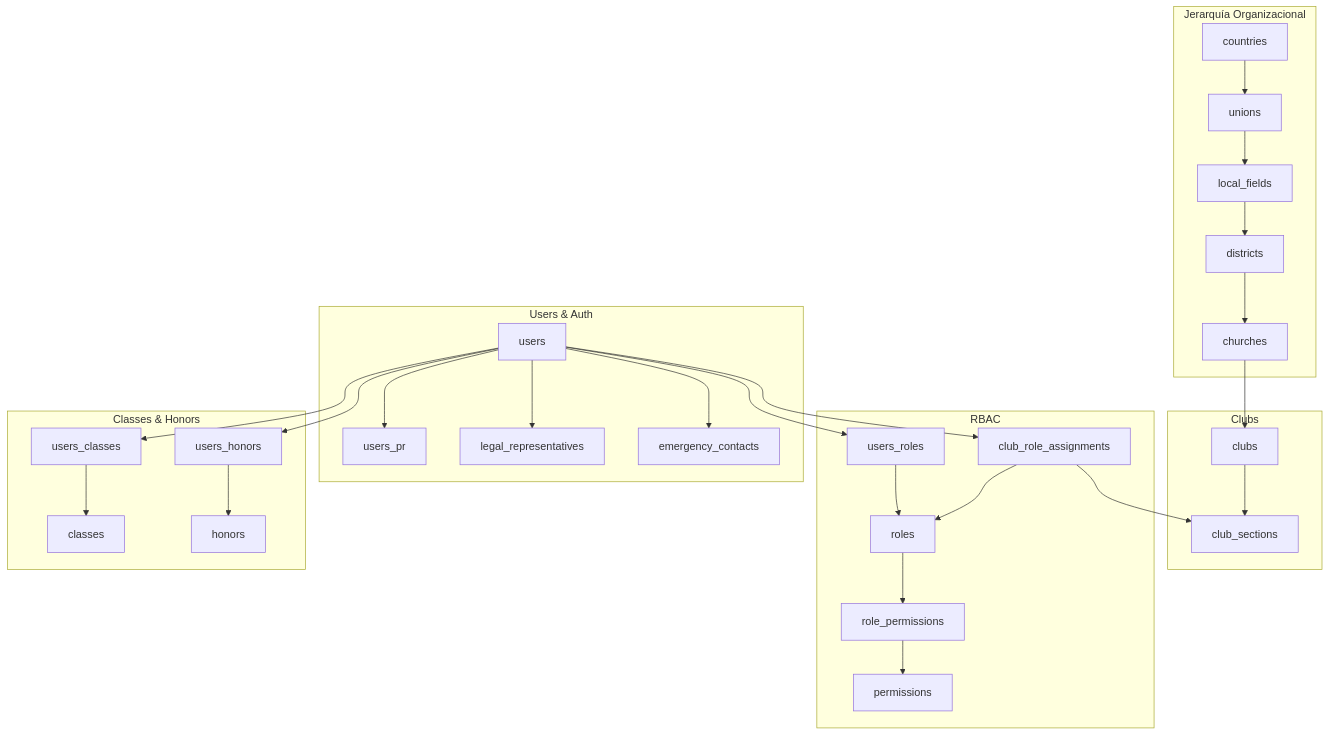
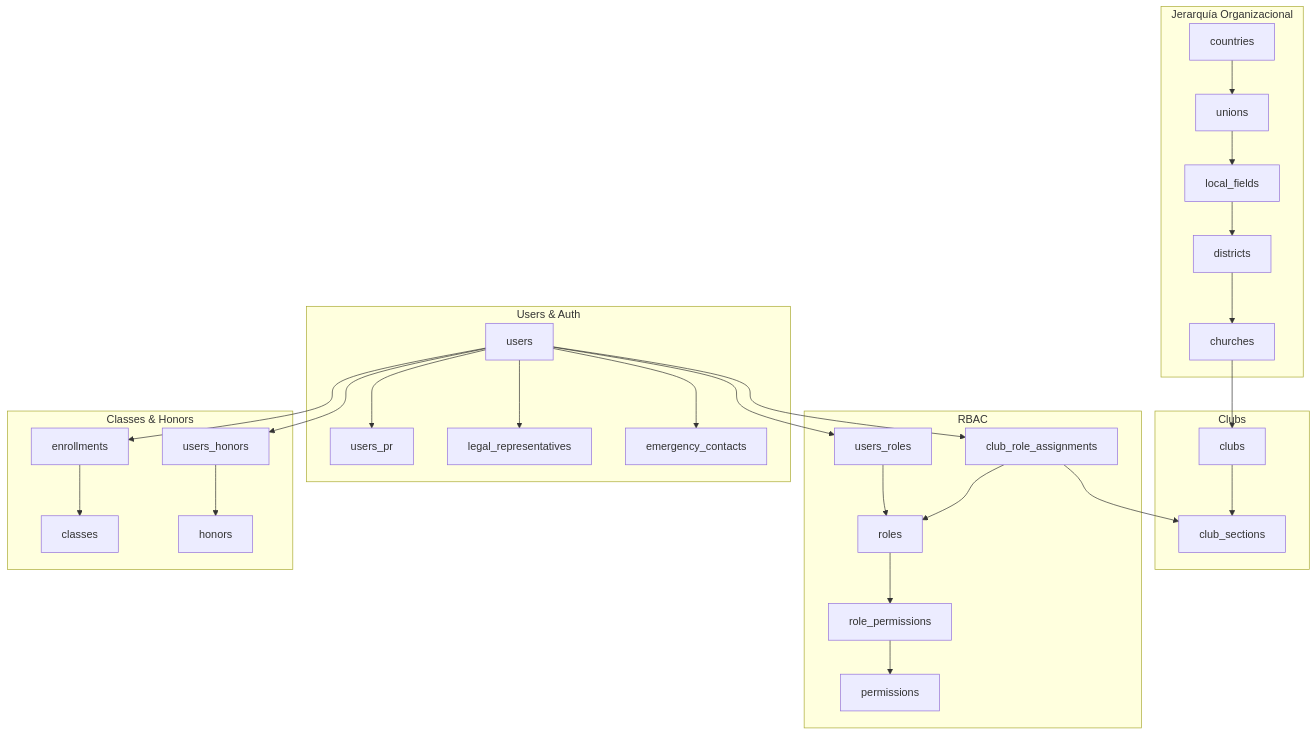
One commit to abn-r/sacdia changed the diagram in docs/database/SCHEMA-REFERENCE.md. Above: the diagram before and after it, drawn with Mermaid. The commit also changed other lines of this file and 7 other files, not shown here.

First line of the commit message:
docs: clean up all users_classes references after table drop

````diff
--- a/docs/database/SCHEMA-REFERENCE.md
+++ b/docs/database/SCHEMA-REFERENCE.md
@@ -13,63 +13,63 @@
 ```mermaid
 graph TB
     subgraph "Jerarquía Organizacional"
         COUNTRIES[countries]
         UNIONS[unions]
         LF[local_fields]
         DISTRICTS[districts]
         CHURCHES[churches]
         
         COUNTRIES --> UNIONS
         UNIONS --> LF
         LF --> DISTRICTS
         DISTRICTS --> CHURCHES
     end
     
     subgraph "Clubs"
         CLUBS[clubs]
         SECTIONS[club_sections]
 
         CHURCHES --> CLUBS
         CLUBS --> SECTIONS
     end
     
     subgraph "Users & Auth"
         USERS[users]
         USERS_PR[users_pr]
         LEGAL_REP[legal_representatives]
         EMERG[emergency_contacts]
         
         USERS --> USERS_PR
         USERS --> LEGAL_REP
         USERS --> EMERG
     end
     
     subgraph "RBAC"
         ROLES[roles]
         PERMS[permissions]
         USERS_ROLES[users_roles]
         ROLE_PERMS[role_permissions]
         CLUB_ROLES[club_role_assignments]
         
         USERS --> USERS_ROLES
         USERS_ROLES --> ROLES
         ROLES --> ROLE_PERMS
         ROLE_PERMS --> PERMS
         
         USERS --> CLUB_ROLES
         CLUB_ROLES --> ROLES
         CLUB_ROLES --> SECTIONS
     end
     
     subgraph "Classes & Honors"
         CLASSES[classes]
         HONORS[honors]
-        USERS_CLASSES[users_classes]
+        ENROLLMENTS[enrollments]
         USERS_HONORS[users_honors]
-        
-        USERS --> USERS_CLASSES
-        USERS_CLASSES --> CLASSES
+
+        USERS --> ENROLLMENTS
+        ENROLLMENTS --> CLASSES
         USERS --> USERS_HONORS
         USERS_HONORS --> HONORS
     end
 ```
````
